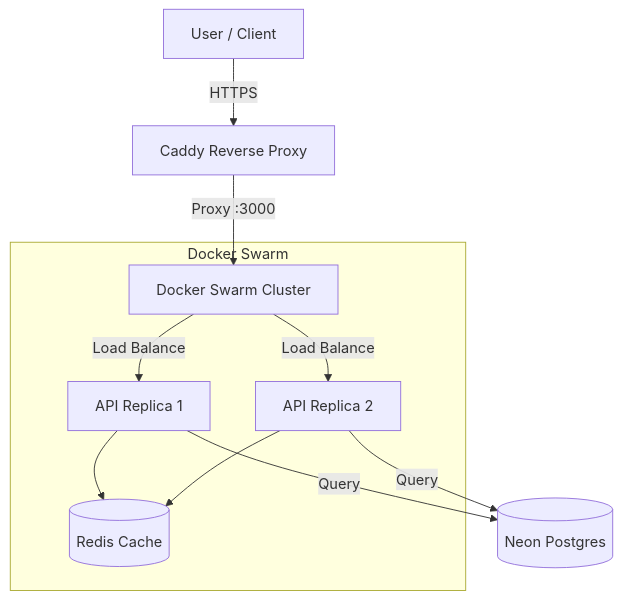
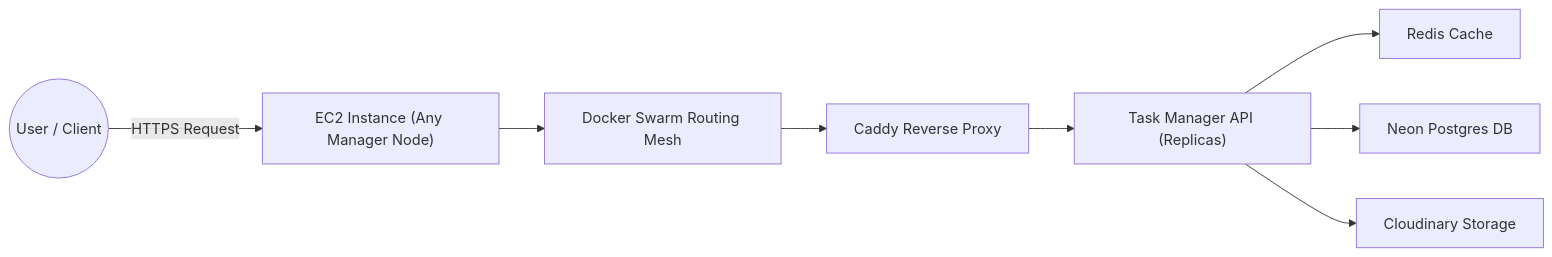
The diagram in DEPLOYMENT.md (anuragsahu-dev/project-management), drawn with Mermaid before and after one commit. The commit also changed other lines of this file and 2 other files, not shown here.

````diff
--- a/DEPLOYMENT.md
+++ b/DEPLOYMENT.md
@@ -11,15 +21,20 @@
 ```mermaid
-graph TD
-  User[User / Client] -->|HTTPS| Caddy[Caddy Reverse Proxy]
-  Caddy -->|Proxy :3000| Swarm[Docker Swarm Cluster]
+flowchart LR
+    User((User / Client))
+    EC2["EC2 Instance (Any Manager Node)"]
+    Mesh["Docker Swarm Routing Mesh"]
+    Caddy["Caddy Reverse Proxy"]
+    API["Task Manager API (Replicas)"]
+    Redis["Redis Cache"]
+    DB["Neon Postgres DB"]
+    Cloudinary["Cloudinary Storage"]
 
-  subgraph Docker Swarm
-    Swarm -->|Load Balance| API_1[API Replica 1]
-    Swarm -->|Load Balance| API_2[API Replica 2]
-    API_1 --> Redis[(Redis Cache)]
-    API_2 --> Redis
-  end
+    User -->|HTTPS Request| EC2
+    EC2 --> Mesh
+    Mesh --> Caddy
+    Caddy --> API
 
-  API_1 -->|Query| Neon[(Neon Postgres)]
-  API_2 -->|Query| Neon
+    API --> Redis
+    API --> DB
+    API --> Cloudinary
 ```
````
